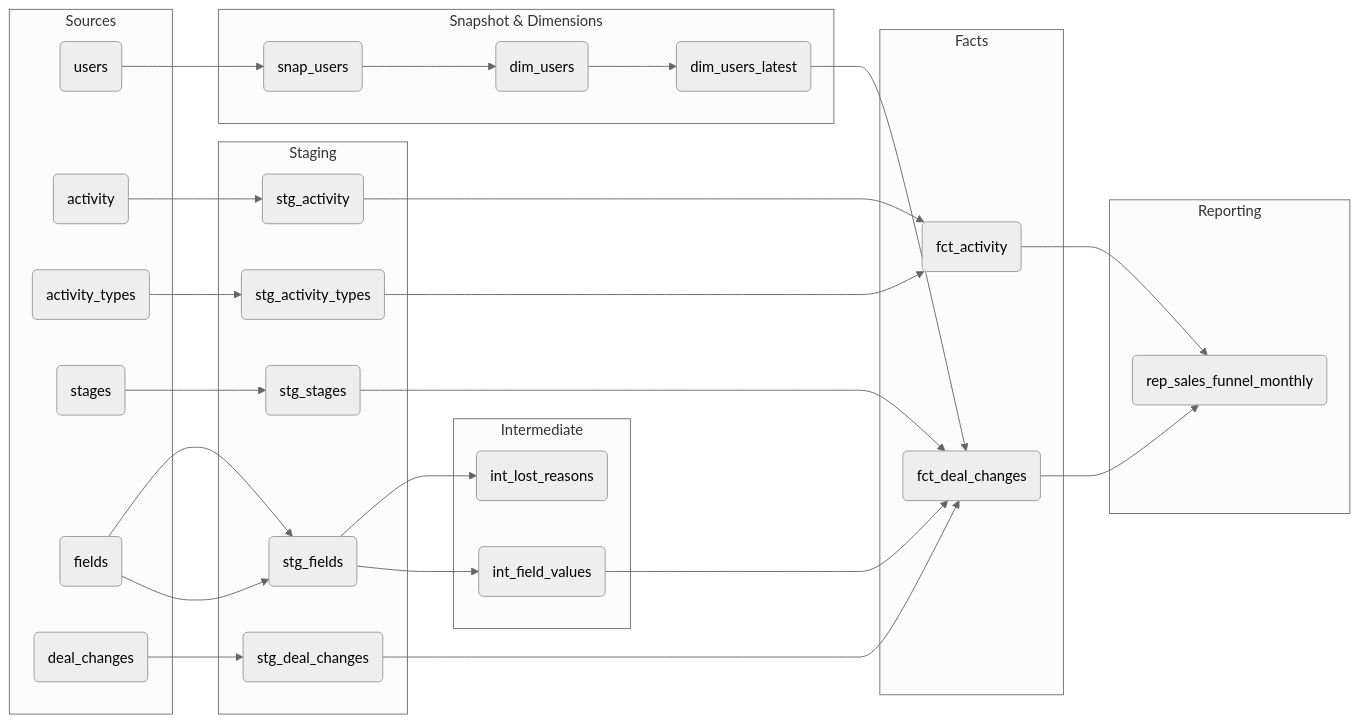
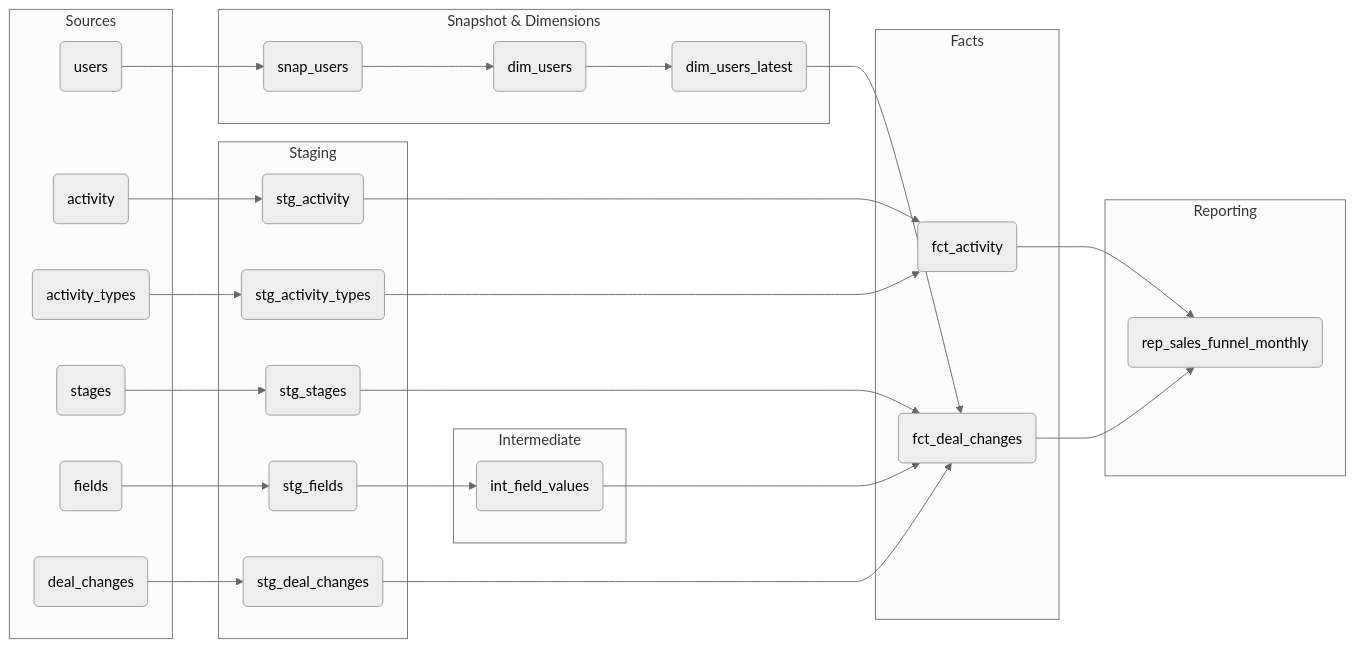
One commit to salmaragheb/dbt_enpal_assessment changed the diagram in README.md. Above: the diagram before and after it, drawn with Mermaid (neutral theme). The commit also changed other lines of this file and 11 other files, not shown here.

Commit message:
removed unused int_lost_reasons

````diff
--- a/README.md
+++ b/README.md
@@ -129,51 +129,49 @@
 ```mermaid
 flowchart LR
     subgraph Sources
         src_users(users)
         src_activity(activity)
         src_activity_types(activity_types)
         src_stages(stages)
         src_fields(fields)
         src_deal_changes(deal_changes)
     end
 
     subgraph Staging
         stg_activity(stg_activity)
         stg_activity_types(stg_activity_types)
         stg_stages(stg_stages)
         stg_fields(stg_fields)
         stg_deal_changes(stg_deal_changes)
     end
 
     subgraph Snapshot & Dimensions
         snap_users(snap_users)
         dim_users(dim_users)
         dim_users_latest(dim_users_latest)
     end
 
     subgraph Intermediate
-        int_lost_reasons(int_lost_reasons)
         int_field_values(int_field_values)
     end
 
     subgraph Facts
         fct_activity(fct_activity)
         fct_deal_changes(fct_deal_changes)
     end
 
     subgraph Reporting
         rep(rep_sales_funnel_monthly)
     end
 
     src_users --> snap_users --> dim_users --> dim_users_latest
     src_activity --> stg_activity --> fct_activity
     src_activity_types --> stg_activity_types --> fct_activity
     src_stages --> stg_stages --> fct_deal_changes
-    src_fields --> stg_fields --> int_lost_reasons
     src_fields --> stg_fields --> int_field_values
     src_deal_changes --> stg_deal_changes --> fct_deal_changes
     int_field_values --> fct_deal_changes
     dim_users_latest --> fct_deal_changes
     fct_deal_changes --> rep
     fct_activity --> rep
 ```
````
